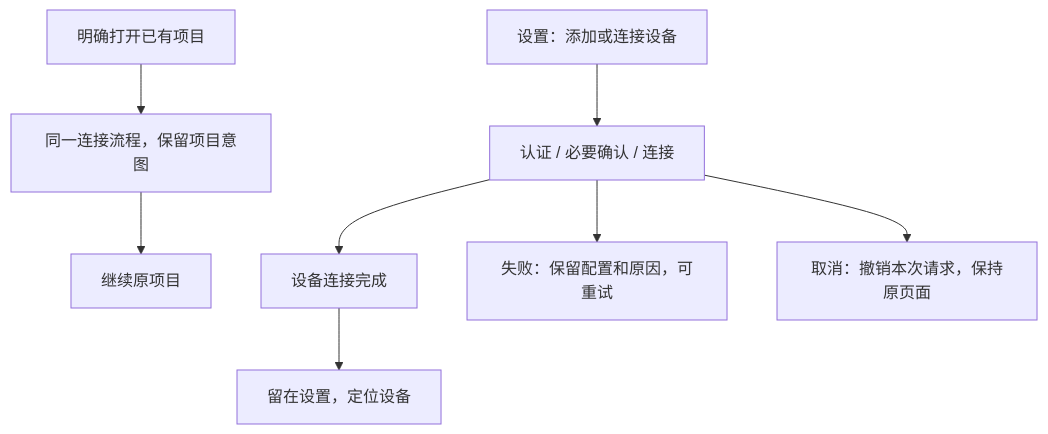
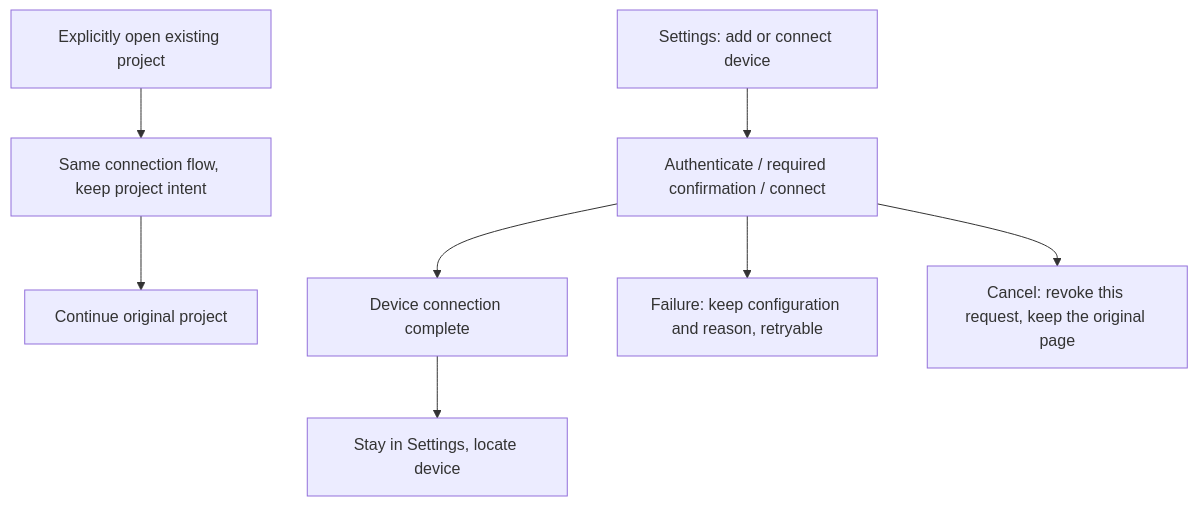
The diagram in docs/issues/remote-connection-ux/16-settings-connection-completion.md (osben/ZCode), drawn with Mermaid before and after one commit. The commit also changed other lines of this file and 30 other files, not shown here.

````diff
--- a/docs/issues/remote-connection-ux/16-settings-connection-completion.md
+++ b/docs/issues/remote-connection-ux/16-settings-connection-completion.md
@@ -13,10 +13,10 @@
 ```mermaid
 flowchart TD
-    A[设置：添加或连接设备] --> B[认证 / 必要确认 / 连接]
-    B --> C[设备连接完成]
-    C --> D[留在设置，定位设备]
-    E[明确打开已有项目] --> F[同一连接流程，保留项目意图]
-    F --> G[继续原项目]
-    B --> H[失败：保留配置和原因，可重试]
-    B --> I[取消：撤销本次请求，保持原页面]
+    A[Settings: add or connect device] --> B[Authenticate / required confirmation / connect]
+    B --> C[Device connection complete]
+    C --> D[Stay in Settings, locate device]
+    E[Explicitly open existing project] --> F[Same connection flow, keep project intent]
+    F --> G[Continue original project]
+    B --> H[Failure: keep configuration and reason, retryable]
+    B --> I[Cancel: revoke this request, keep the original page]
 ```
````
